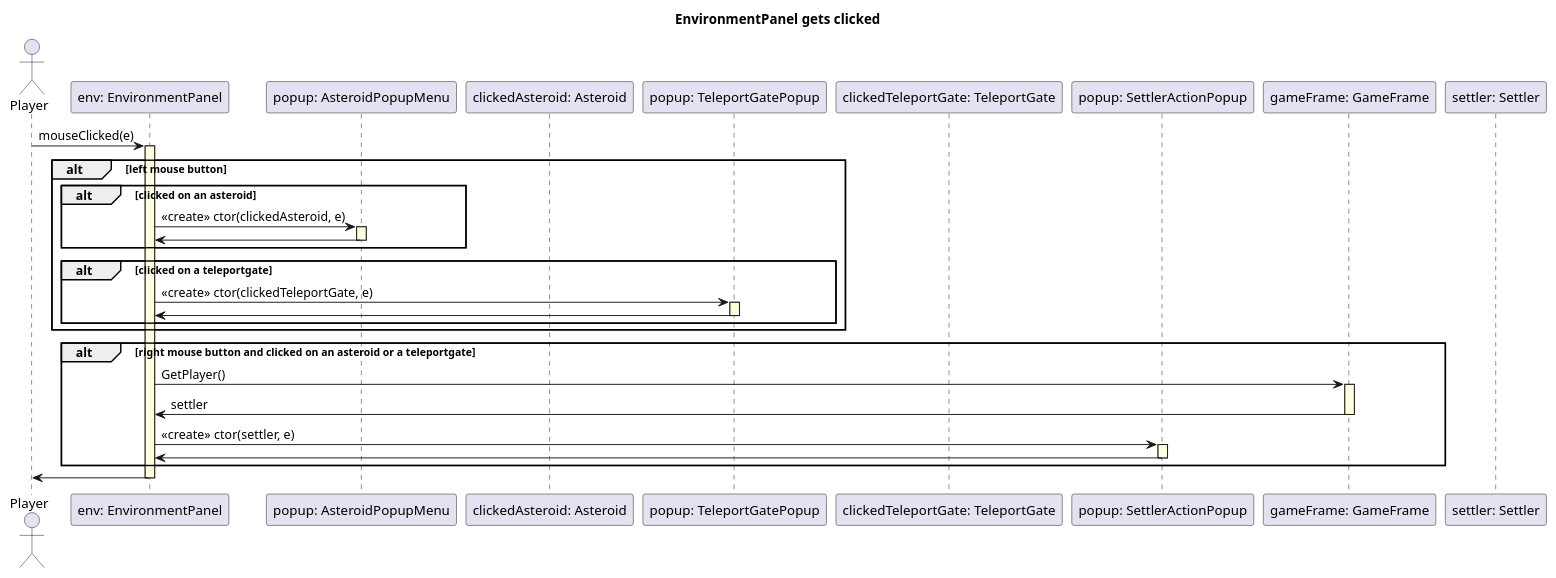
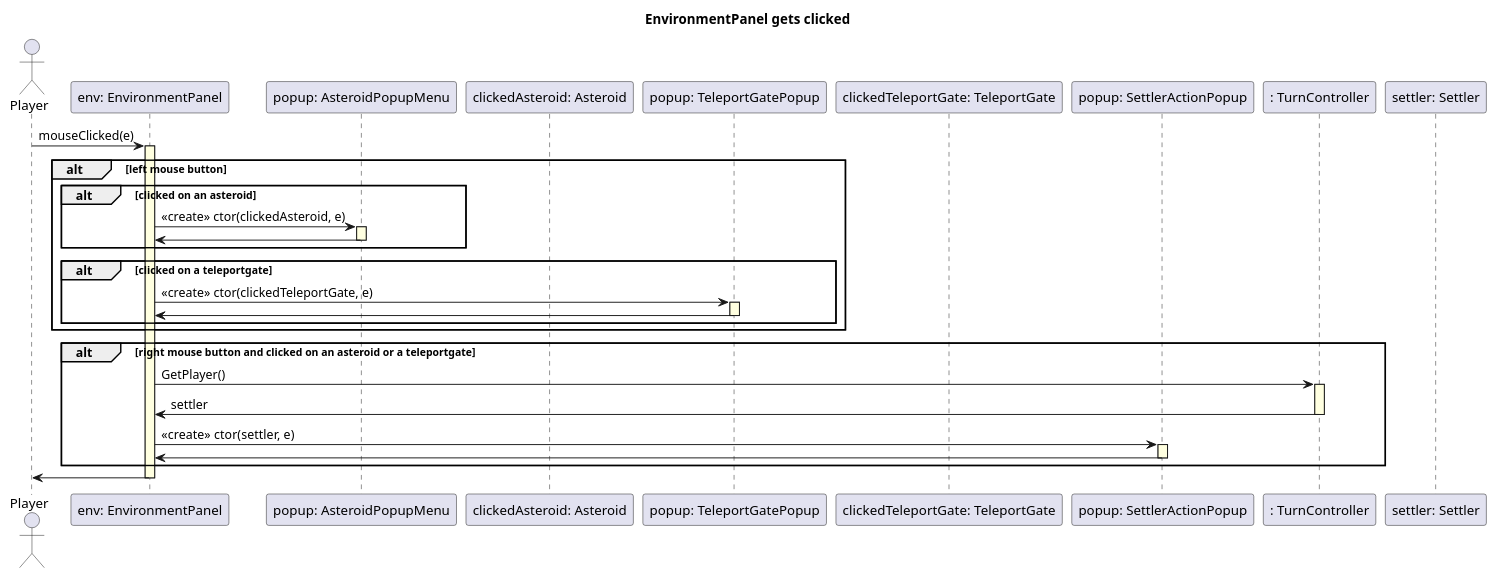
One commit to bbucsy/projlab_holy_oil changed the diagram in uml/gui_seq_diagrams/mouseclicked_environmentpanel.plantuml. Above: the diagram before and after it, drawn with PlantUML. The commit also changed 5 other files, not shown here.

```diff
--- a/uml/gui_seq_diagrams/mouseclicked_environmentpanel.plantuml
+++ b/uml/gui_seq_diagrams/mouseclicked_environmentpanel.plantuml
@@ -1,52 +1,52 @@
 @startuml seq
 
 skinparam SequenceLifeLineBackgroundColor LightYellow
 
 title "EnvironmentPanel gets clicked"
 
 Actor Player as player
 participant "env: EnvironmentPanel" as env
 
 player -> env ++: mouseClicked(e)
 
 alt left mouse button
 
     alt clicked on an asteroid
 
         participant "popup: AsteroidPopupMenu" as asteroidpopup
         participant "clickedAsteroid: Asteroid"
 
         env -> asteroidpopup ++: <<create>> ctor(clickedAsteroid, e)
         asteroidpopup -> env --
 
     end
 
     alt clicked on a teleportgate
 
         participant "popup: TeleportGatePopup" as tppopup
         participant "clickedTeleportGate: TeleportGate"
 
         env -> tppopup ++: <<create>> ctor(clickedTeleportGate, e)
         tppopup -> env --
 
     end
 
 end
 
 alt right mouse button and clicked on an asteroid or a teleportgate
 
     participant "popup: SettlerActionPopup" as settlerpopup
-    participant "gameFrame: GameFrame" as gameFrame
+    participant ": TurnController" as turn
     participant "settler: Settler" as settler
 
-    env -> gameFrame ++: GetPlayer()
-    gameFrame -> env --: settler
+    env -> turn ++: GetPlayer()
+    turn -> env --: settler
 
     env -> settlerpopup ++: <<create>> ctor(settler, e)
     settlerpopup -> env --
 
 end
 
 env -> player --
 
 @enduml
```
